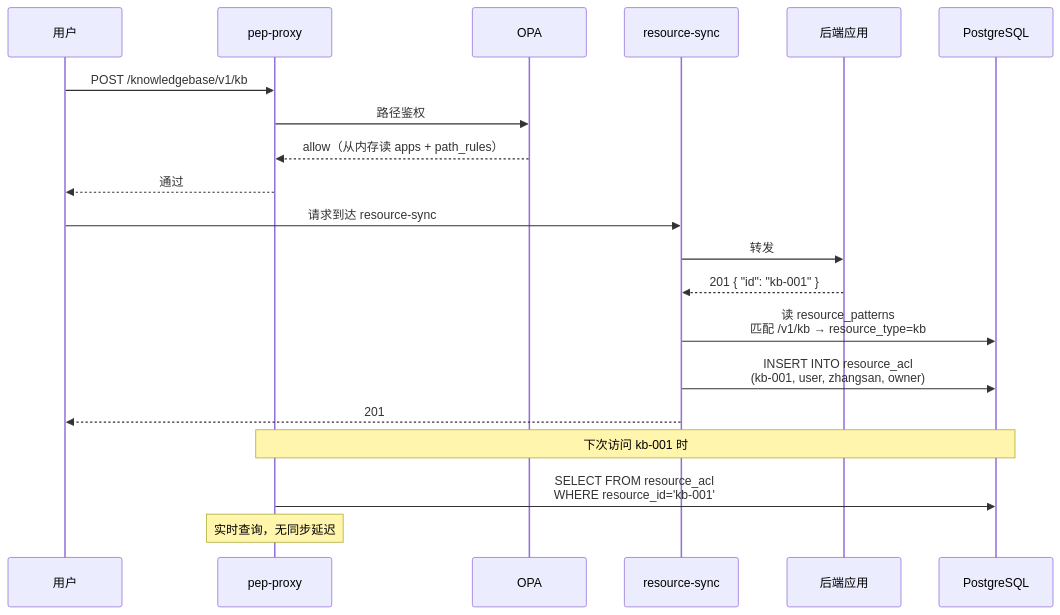
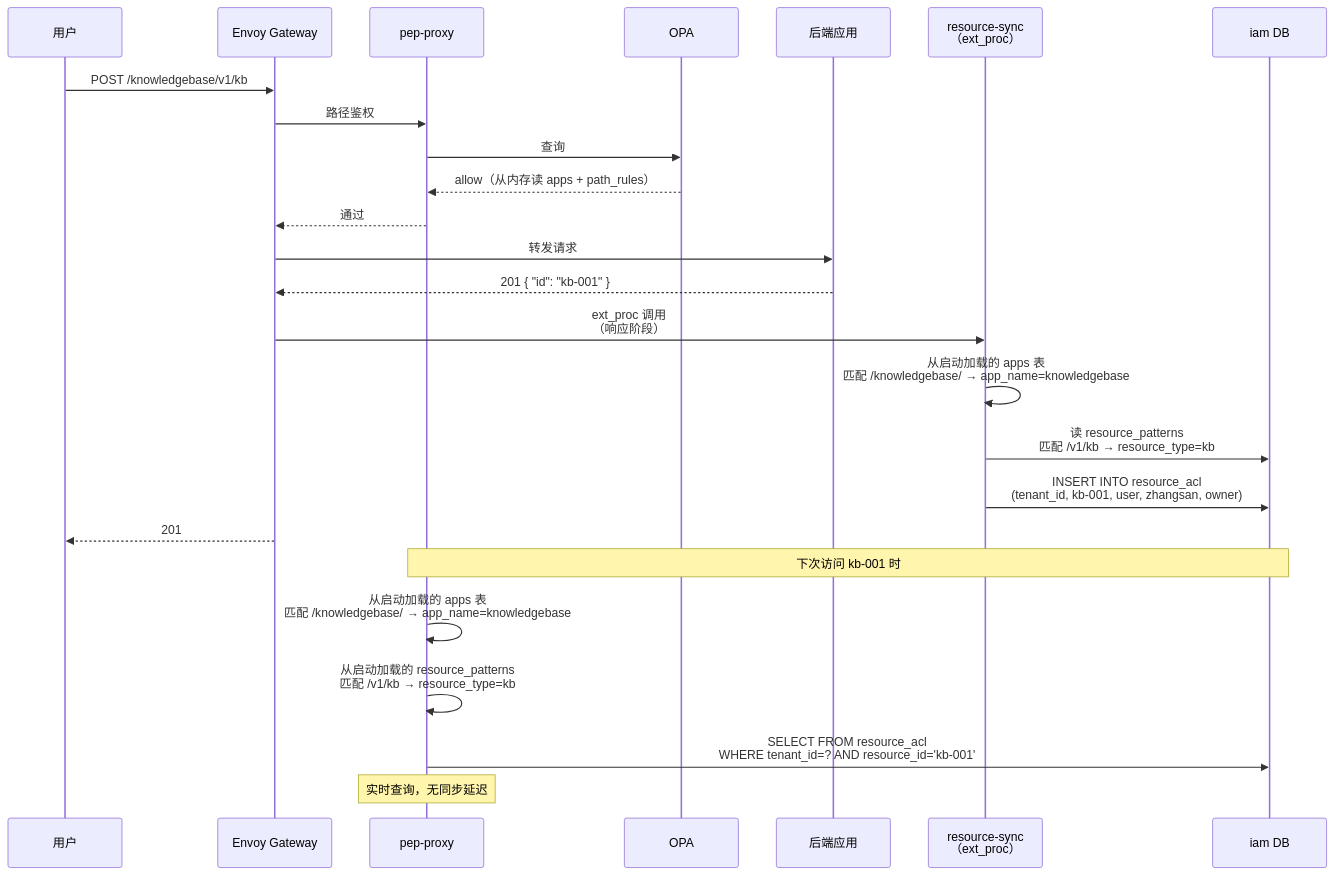
One commit to xiewanchao/aidp-iam changed the tenth of 11 diagrams in diagrams/data-storage.md. Above: the diagram before and after it, drawn with Mermaid. The commit also changed other lines of this file and 5 other files, not shown here.

````diff
--- a/diagrams/data-storage.md
+++ b/diagrams/data-storage.md
@@ -342,27 +516,32 @@
 ```mermaid
 sequenceDiagram
     participant USER as 用户
+    participant GW as Envoy Gateway
     participant PEP as pep-proxy
     participant OPA as OPA
-    participant RS as resource-sync
     participant APP as 后端应用
-    participant PG as PostgreSQL
+    participant RS as resource-sync<br/>（ext_proc）
+    participant IAM as iam DB
 
-    USER->>PEP: POST /knowledgebase/v1/kb
-    PEP->>OPA: 路径鉴权
+    USER->>GW: POST /knowledgebase/v1/kb
+    GW->>PEP: 路径鉴权
+    PEP->>OPA: 查询
     OPA-->>PEP: allow（从内存读 apps + path_rules）
-    PEP-->>USER: 通过
+    PEP-->>GW: 通过
 
-    USER->>RS: 请求到达 resource-sync
-    RS->>APP: 转发
-    APP-->>RS: 201 { "id": "kb-001" }
+    GW->>APP: 转发请求
+    APP-->>GW: 201 { "id": "kb-001" }
 
-    RS->>PG: 读 resource_patterns<br/>匹配 /v1/kb → resource_type=kb
-    RS->>PG: INSERT INTO resource_acl<br/>(kb-001, user, zhangsan, owner)
+    GW->>RS: ext_proc 调用<br/>（响应阶段）
+    RS->>RS: 从启动加载的 apps 表<br/>匹配 /knowledgebase/ → app_name=knowledgebase
+    RS->>IAM: 读 resource_patterns<br/>匹配 /v1/kb → resource_type=kb
+    RS->>IAM: INSERT INTO resource_acl<br/>(tenant_id, kb-001, user, zhangsan, owner)
 
-    RS-->>USER: 201
+    GW-->>USER: 201
 
-    Note over PEP,PG: 下次访问 kb-001 时
-    PEP->>PG: SELECT FROM resource_acl<br/>WHERE resource_id='kb-001'
+    Note over PEP,IAM: 下次访问 kb-001 时
+    PEP->>PEP: 从启动加载的 apps 表<br/>匹配 /knowledgebase/ → app_name=knowledgebase
+    PEP->>PEP: 从启动加载的 resource_patterns<br/>匹配 /v1/kb → resource_type=kb
+    PEP->>IAM: SELECT FROM resource_acl<br/>WHERE tenant_id=? AND resource_id='kb-001'
     Note over PEP: 实时查询，无同步延迟
 ```
````
